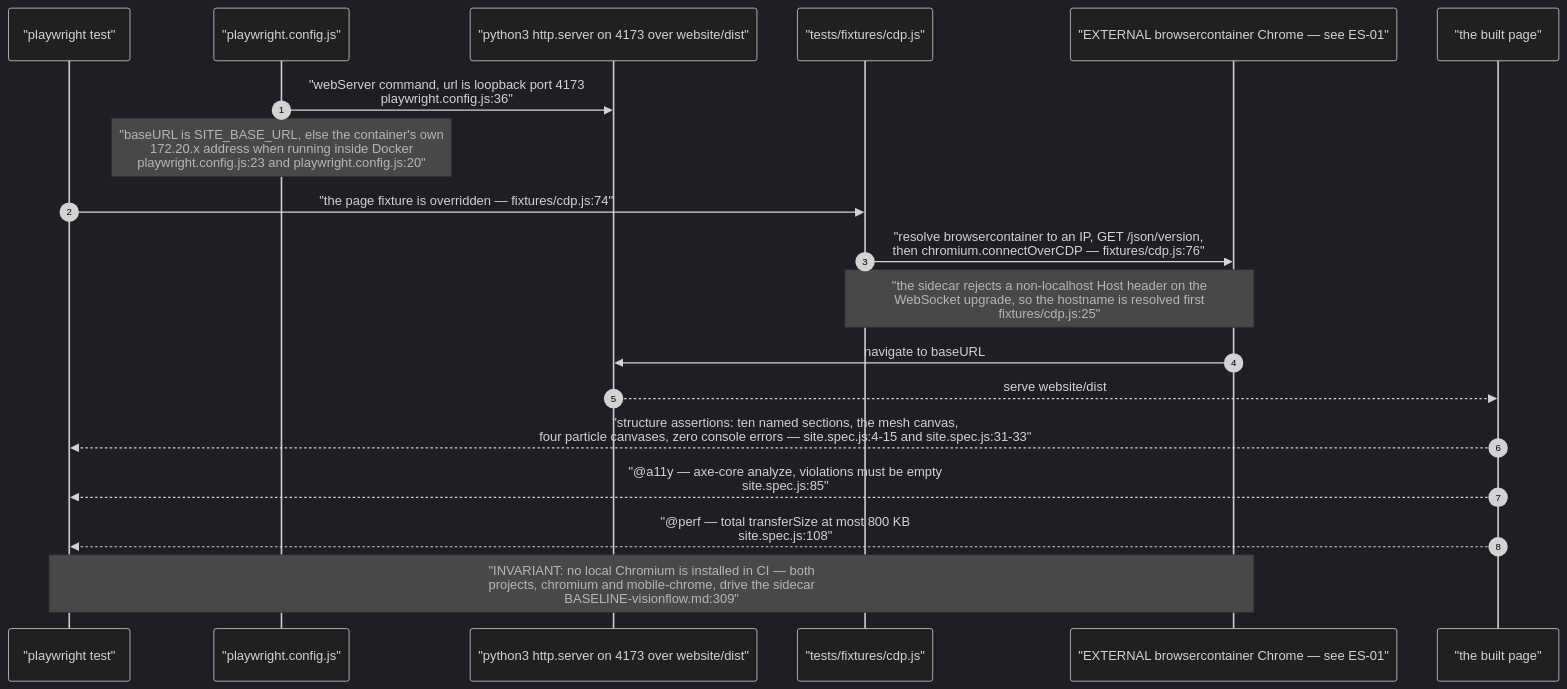
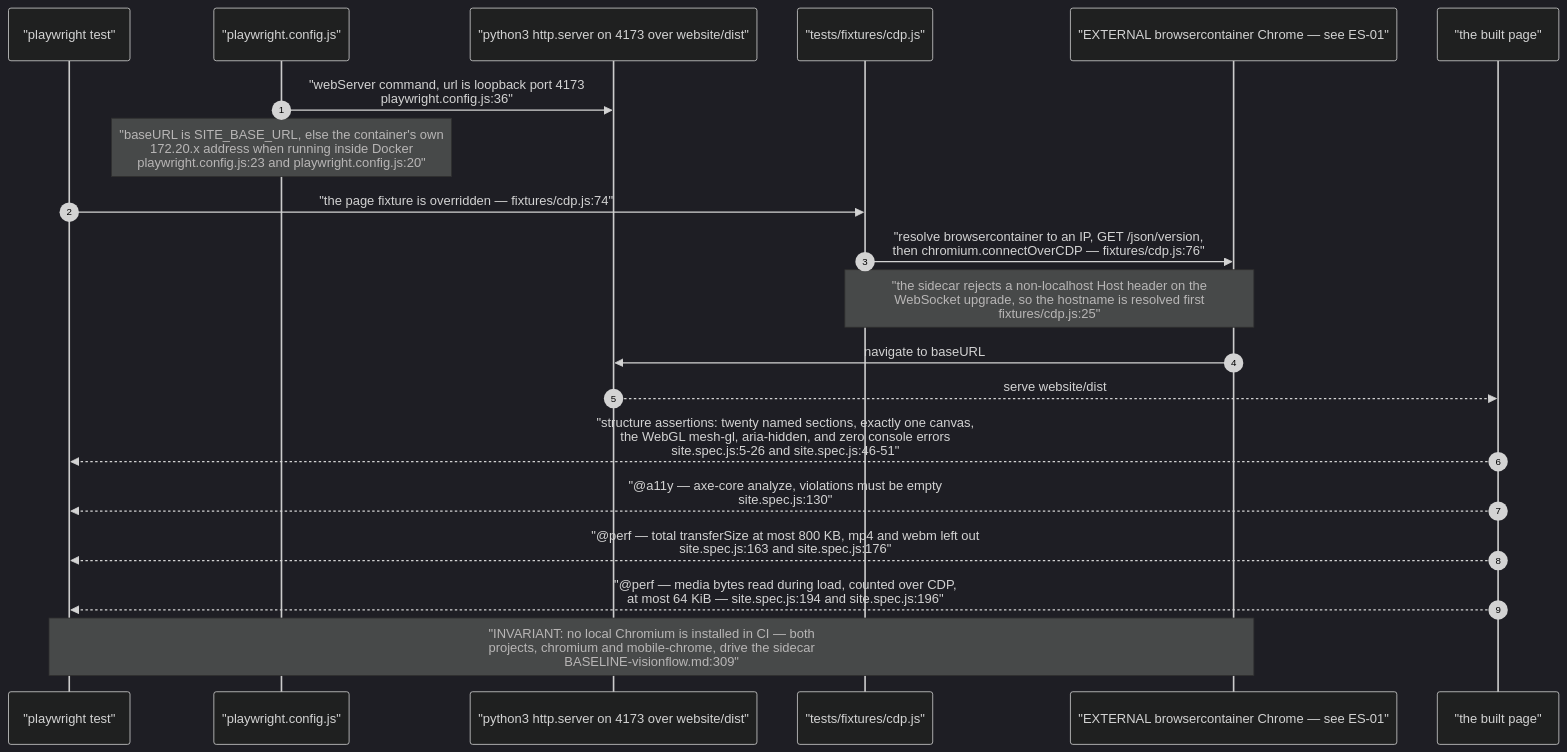
The tenth of 12 diagrams in docs/diagrams/visionflow/02-website-build-and-deploy.md (DreamLab-AI/VisionFlow), drawn with Mermaid (dark theme) before and after one commit. The commit also changed other lines of this file and 7 other files, not shown here.

````diff
--- a/docs/diagrams/visionflow/02-website-build-and-deploy.md
+++ b/docs/diagrams/visionflow/02-website-build-and-deploy.md
@@ -308,22 +308,23 @@
 ```mermaid
 sequenceDiagram
     autonumber
     participant T as "playwright test"
     participant C as "playwright.config.js"
     participant WS as "python3 http.server on 4173 over website/dist"
     participant FX as "tests/fixtures/cdp.js"
     participant CH as "EXTERNAL browsercontainer Chrome — see ES-01"
     participant P as "the built page"
 
     C->>WS: "webServer command, url is loopback port 4173<br/>playwright.config.js:36"
     Note over C: "baseURL is SITE_BASE_URL, else the container's own<br/>172.20.x address when running inside Docker<br/>playwright.config.js:23 and playwright.config.js:20"
     T->>FX: "the page fixture is overridden — fixtures/cdp.js:74"
     FX->>CH: "resolve browsercontainer to an IP, GET /json/version,<br/>then chromium.connectOverCDP — fixtures/cdp.js:76"
     Note over FX,CH: "the sidecar rejects a non-localhost Host header on the<br/>WebSocket upgrade, so the hostname is resolved first<br/>fixtures/cdp.js:25"
     CH->>WS: navigate to baseURL
     WS-->>P: serve website/dist
-    P-->>T: "structure assertions: ten named sections, the mesh canvas,<br/>four particle canvases, zero console errors — site.spec.js:4-15 and site.spec.js:31-33"
-    P-->>T: "@a11y — axe-core analyze, violations must be empty<br/>site.spec.js:85"
-    P-->>T: "@perf — total transferSize at most 800 KB<br/>site.spec.js:108"
+    P-->>T: "structure assertions: twenty named sections, exactly one canvas,<br/>the WebGL mesh-gl, aria-hidden, and zero console errors<br/>site.spec.js:5-26 and site.spec.js:46-51"
+    P-->>T: "@a11y — axe-core analyze, violations must be empty<br/>site.spec.js:130"
+    P-->>T: "@perf — total transferSize at most 800 KB, mp4 and webm left out<br/>site.spec.js:163 and site.spec.js:176"
+    P-->>T: "@perf — media bytes read during load, counted over CDP,<br/>at most 64 KiB — site.spec.js:194 and site.spec.js:196"
     Note over T,CH: "INVARIANT: no local Chromium is installed in CI — both<br/>projects, chromium and mobile-chrome, drive the sidecar<br/>BASELINE-visionflow.md:309"
 ```
````
